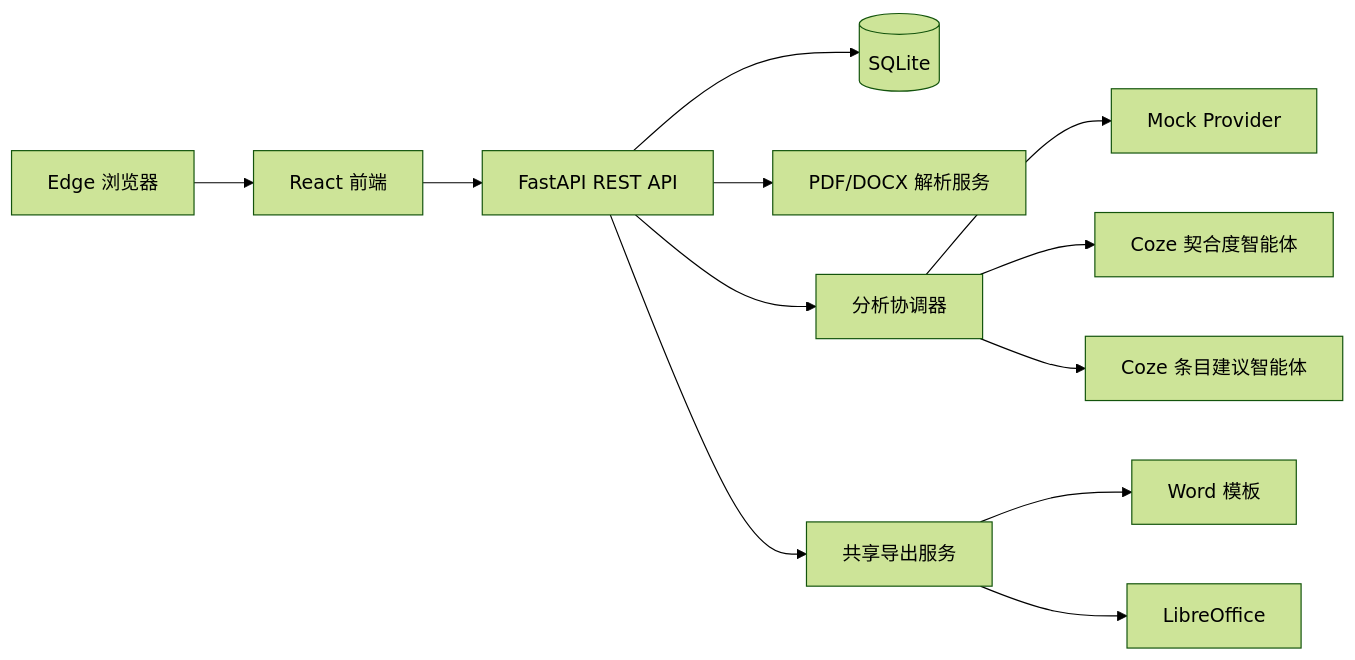
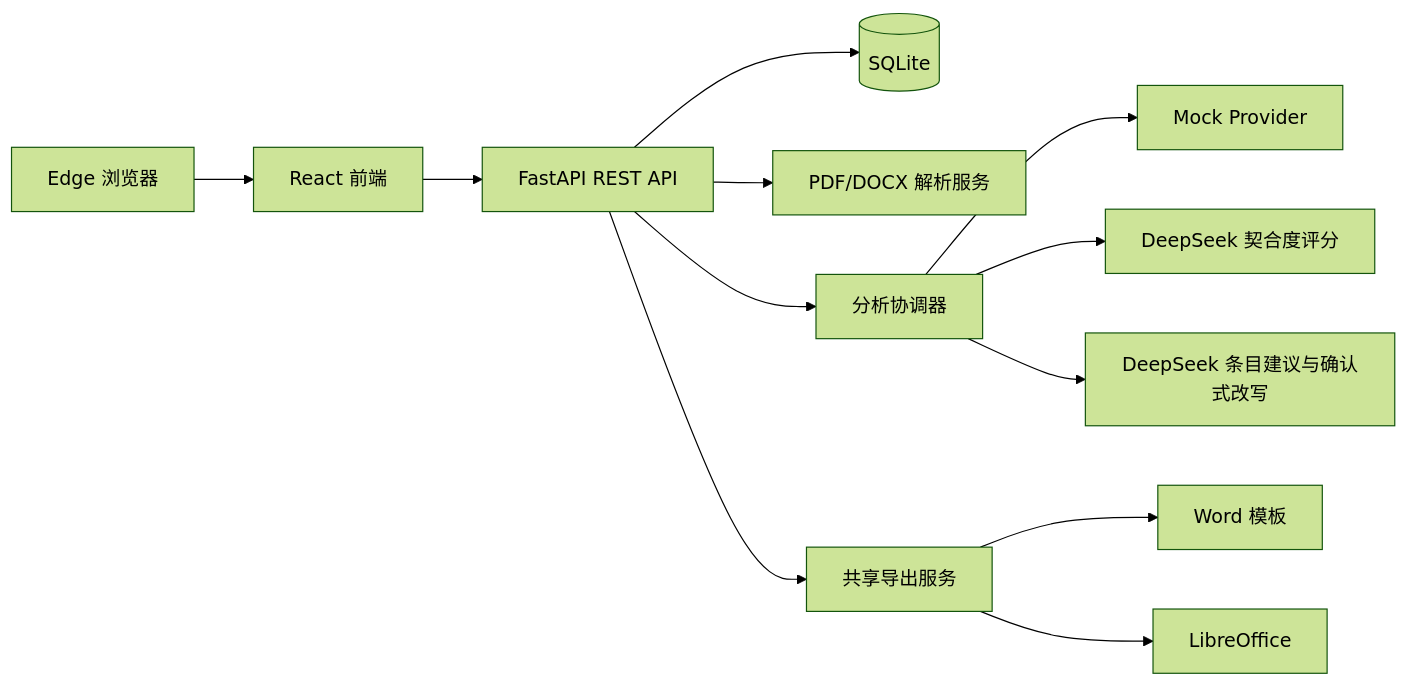
Before and after one commit to yunzhong200553/resume-match: the diagram in README.md, drawn with Mermaid (forest theme). The commit also changed other lines of this file and 73 other files, not shown here.

First line of the commit message:
feat: ship resume workspace with DeepSeek and named job layouts

````diff
--- a/README.md
+++ b/README.md
@@ -102,14 +135,14 @@
 ```mermaid
 flowchart LR
 		U[Edge 浏览器] --> F[React 前端]
 		F --> API[FastAPI REST API]
 		API --> DB[(SQLite)]
 		API --> P[PDF/DOCX 解析服务]
 		API --> A[分析协调器]
 		A --> M[Mock Provider]
-		A --> C1[Coze 契合度智能体]
-		A --> C2[Coze 条目建议智能体]
+		A --> C1[DeepSeek 契合度评分]
+		A --> C2[DeepSeek 条目建议与确认式改写]
 		API --> E[共享导出服务]
 		E --> T[Word 模板]
 		E --> L[LibreOffice]
 ```
````
